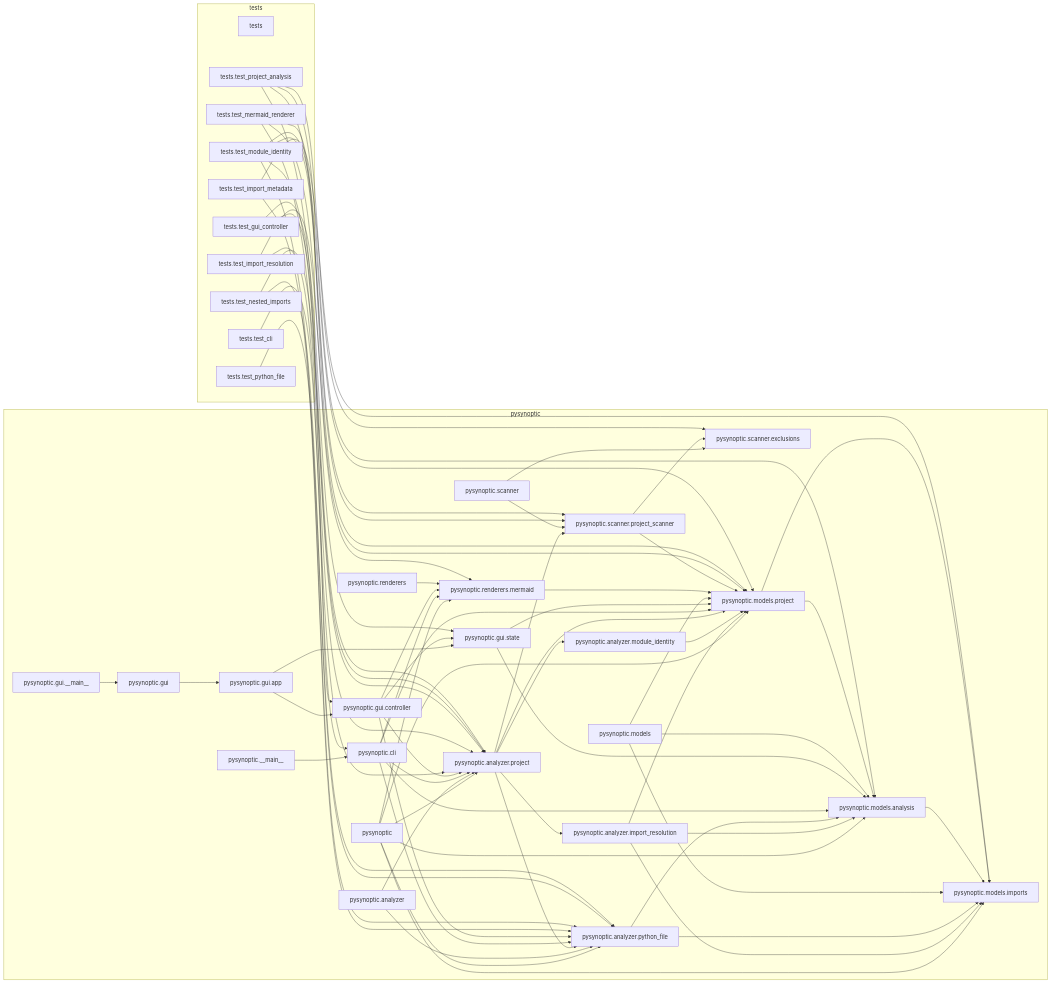
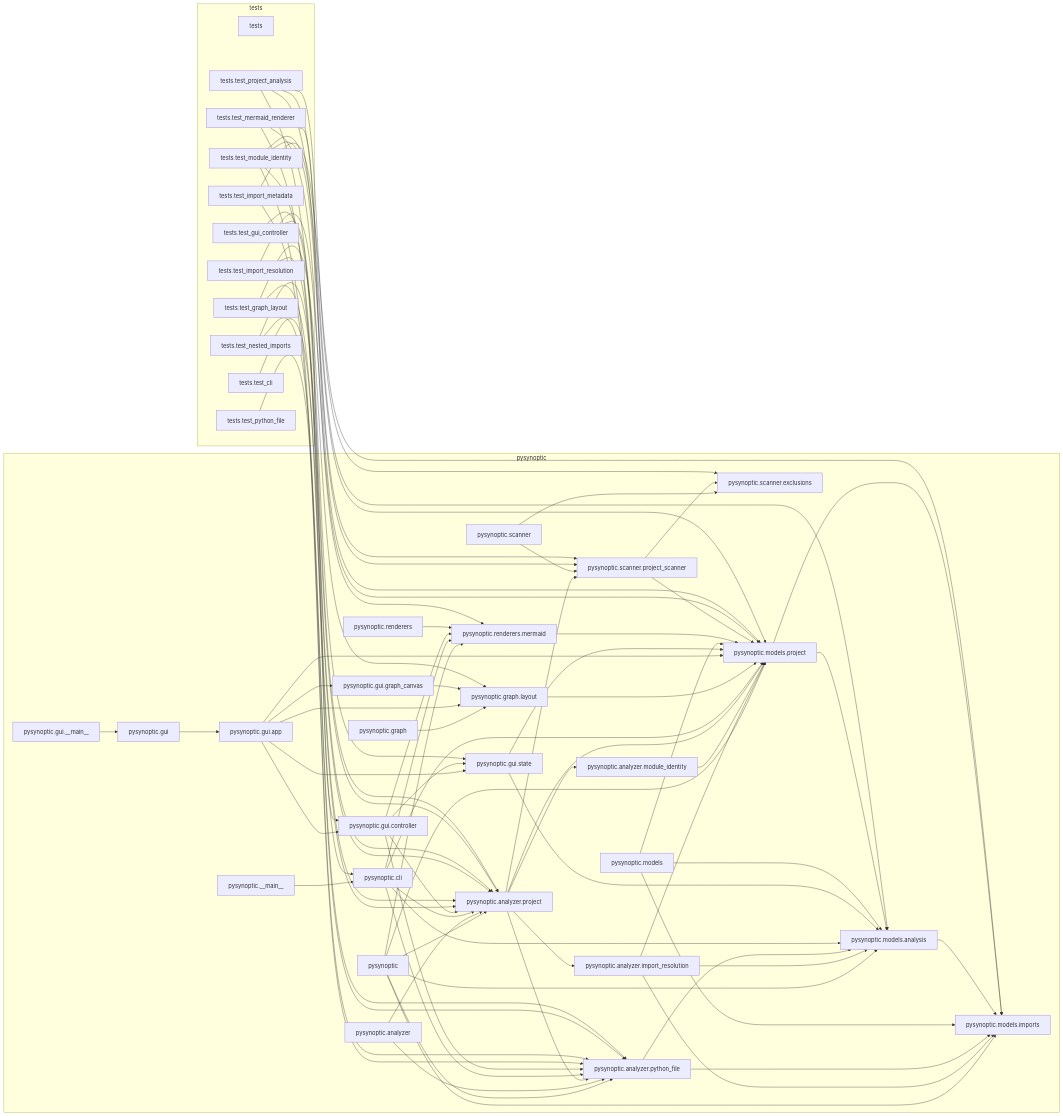
The diagram in docs/pysynoptic-dependencies.mmd (tonygloaguen/PySynoptic), drawn with Mermaid before and after one commit. The commit also changed 8 other files, not shown here.

Commit message:
feat(graph): add interactive dependency explorer

```diff
--- a/docs/pysynoptic-dependencies.mmd
+++ b/docs/pysynoptic-dependencies.mmd
@@ -1,105 +1,117 @@
 flowchart LR
   subgraph package_pysynoptic["pysynoptic"]
     module_pysynoptic["pysynoptic"]
     module_pysynoptic___main["pysynoptic.__main__"]
     module_pysynoptic_analyzer["pysynoptic.analyzer"]
     module_pysynoptic_analyzer_import_resolution["pysynoptic.analyzer.import_resolution"]
     module_pysynoptic_analyzer_module_identity["pysynoptic.analyzer.module_identity"]
     module_pysynoptic_analyzer_project["pysynoptic.analyzer.project"]
     module_pysynoptic_analyzer_python_file["pysynoptic.analyzer.python_file"]
     module_pysynoptic_cli["pysynoptic.cli"]
+    module_pysynoptic_graph["pysynoptic.graph"]
+    module_pysynoptic_graph_layout["pysynoptic.graph.layout"]
     module_pysynoptic_gui["pysynoptic.gui"]
     module_pysynoptic_gui___main["pysynoptic.gui.__main__"]
     module_pysynoptic_gui_app["pysynoptic.gui.app"]
     module_pysynoptic_gui_controller["pysynoptic.gui.controller"]
+    module_pysynoptic_gui_graph_canvas["pysynoptic.gui.graph_canvas"]
     module_pysynoptic_gui_state["pysynoptic.gui.state"]
     module_pysynoptic_models["pysynoptic.models"]
     module_pysynoptic_models_analysis["pysynoptic.models.analysis"]
     module_pysynoptic_models_imports["pysynoptic.models.imports"]
     module_pysynoptic_models_project["pysynoptic.models.project"]
     module_pysynoptic_renderers["pysynoptic.renderers"]
     module_pysynoptic_renderers_mermaid["pysynoptic.renderers.mermaid"]
     module_pysynoptic_scanner["pysynoptic.scanner"]
     module_pysynoptic_scanner_exclusions["pysynoptic.scanner.exclusions"]
     module_pysynoptic_scanner_project_scanner["pysynoptic.scanner.project_scanner"]
   end
   subgraph package_tests["tests"]
     module_tests["tests"]
     module_tests_test_cli["tests.test_cli"]
+    module_tests_test_graph_layout["tests.test_graph_layout"]
     module_tests_test_gui_controller["tests.test_gui_controller"]
     module_tests_test_import_metadata["tests.test_import_metadata"]
     module_tests_test_import_resolution["tests.test_import_resolution"]
     module_tests_test_mermaid_renderer["tests.test_mermaid_renderer"]
     module_tests_test_module_identity["tests.test_module_identity"]
     module_tests_test_nested_imports["tests.test_nested_imports"]
     module_tests_test_project_analysis["tests.test_project_analysis"]
     module_tests_test_python_file["tests.test_python_file"]
   end
   module_pysynoptic --> module_pysynoptic_analyzer_project
   module_pysynoptic --> module_pysynoptic_analyzer_python_file
   module_pysynoptic --> module_pysynoptic_models_analysis
   module_pysynoptic --> module_pysynoptic_models_imports
   module_pysynoptic --> module_pysynoptic_models_project
   module_pysynoptic --> module_pysynoptic_renderers_mermaid
   module_pysynoptic___main --> module_pysynoptic_cli
   module_pysynoptic_analyzer --> module_pysynoptic_analyzer_project
   module_pysynoptic_analyzer --> module_pysynoptic_analyzer_python_file
   module_pysynoptic_analyzer_import_resolution --> module_pysynoptic_models_analysis
   module_pysynoptic_analyzer_import_resolution --> module_pysynoptic_models_imports
   module_pysynoptic_analyzer_import_resolution --> module_pysynoptic_models_project
   module_pysynoptic_analyzer_module_identity --> module_pysynoptic_models_project
   module_pysynoptic_analyzer_project --> module_pysynoptic_analyzer_import_resolution
   module_pysynoptic_analyzer_project --> module_pysynoptic_analyzer_module_identity
   module_pysynoptic_analyzer_project --> module_pysynoptic_analyzer_python_file
   module_pysynoptic_analyzer_project --> module_pysynoptic_models_project
   module_pysynoptic_analyzer_project --> module_pysynoptic_scanner_project_scanner
   module_pysynoptic_analyzer_python_file --> module_pysynoptic_models_analysis
   module_pysynoptic_analyzer_python_file --> module_pysynoptic_models_imports
   module_pysynoptic_cli --> module_pysynoptic_analyzer_project
   module_pysynoptic_cli --> module_pysynoptic_analyzer_python_file
   module_pysynoptic_cli --> module_pysynoptic_models_analysis
   module_pysynoptic_cli --> module_pysynoptic_models_project
   module_pysynoptic_cli --> module_pysynoptic_renderers_mermaid
+  module_pysynoptic_graph --> module_pysynoptic_graph_layout
+  module_pysynoptic_graph_layout --> module_pysynoptic_models_project
   module_pysynoptic_gui --> module_pysynoptic_gui_app
   module_pysynoptic_gui___main --> module_pysynoptic_gui
+  module_pysynoptic_gui_app --> module_pysynoptic_graph_layout
   module_pysynoptic_gui_app --> module_pysynoptic_gui_controller
+  module_pysynoptic_gui_app --> module_pysynoptic_gui_graph_canvas
   module_pysynoptic_gui_app --> module_pysynoptic_gui_state
+  module_pysynoptic_gui_app --> module_pysynoptic_models_project
   module_pysynoptic_gui_controller --> module_pysynoptic_analyzer_project
   module_pysynoptic_gui_controller --> module_pysynoptic_analyzer_python_file
   module_pysynoptic_gui_controller --> module_pysynoptic_gui_state
   module_pysynoptic_gui_controller --> module_pysynoptic_renderers_mermaid
+  module_pysynoptic_gui_graph_canvas --> module_pysynoptic_graph_layout
   module_pysynoptic_gui_state --> module_pysynoptic_models_analysis
   module_pysynoptic_gui_state --> module_pysynoptic_models_project
   module_pysynoptic_models --> module_pysynoptic_models_analysis
   module_pysynoptic_models --> module_pysynoptic_models_imports
   module_pysynoptic_models --> module_pysynoptic_models_project
   module_pysynoptic_models_analysis --> module_pysynoptic_models_imports
   module_pysynoptic_models_project --> module_pysynoptic_models_analysis
   module_pysynoptic_models_project --> module_pysynoptic_models_imports
   module_pysynoptic_renderers --> module_pysynoptic_renderers_mermaid
   module_pysynoptic_renderers_mermaid --> module_pysynoptic_models_project
   module_pysynoptic_scanner --> module_pysynoptic_scanner_exclusions
   module_pysynoptic_scanner --> module_pysynoptic_scanner_project_scanner
   module_pysynoptic_scanner_project_scanner --> module_pysynoptic_models_project
   module_pysynoptic_scanner_project_scanner --> module_pysynoptic_scanner_exclusions
   module_tests_test_cli --> module_pysynoptic_cli
+  module_tests_test_graph_layout --> module_pysynoptic_analyzer_project
+  module_tests_test_graph_layout --> module_pysynoptic_graph_layout
   module_tests_test_gui_controller --> module_pysynoptic_gui_controller
   module_tests_test_gui_controller --> module_pysynoptic_gui_state
   module_tests_test_import_metadata --> module_pysynoptic_analyzer_python_file
   module_tests_test_import_metadata --> module_pysynoptic_models_imports
   module_tests_test_import_resolution --> module_pysynoptic_analyzer_project
   module_tests_test_import_resolution --> module_pysynoptic_models_project
   module_tests_test_mermaid_renderer --> module_pysynoptic_analyzer_project
   module_tests_test_mermaid_renderer --> module_pysynoptic_models_project
   module_tests_test_mermaid_renderer --> module_pysynoptic_renderers_mermaid
   module_tests_test_module_identity --> module_pysynoptic_analyzer_project
   module_tests_test_module_identity --> module_pysynoptic_analyzer_python_file
   module_tests_test_module_identity --> module_pysynoptic_models_project
   module_tests_test_module_identity --> module_pysynoptic_scanner_project_scanner
   module_tests_test_nested_imports --> module_pysynoptic_analyzer_project
   module_tests_test_nested_imports --> module_pysynoptic_analyzer_python_file
   module_tests_test_project_analysis --> module_pysynoptic_analyzer_project
   module_tests_test_project_analysis --> module_pysynoptic_models_analysis
   module_tests_test_project_analysis --> module_pysynoptic_scanner_exclusions
   module_tests_test_project_analysis --> module_pysynoptic_scanner_project_scanner
   module_tests_test_python_file --> module_pysynoptic_analyzer_python_file
```
